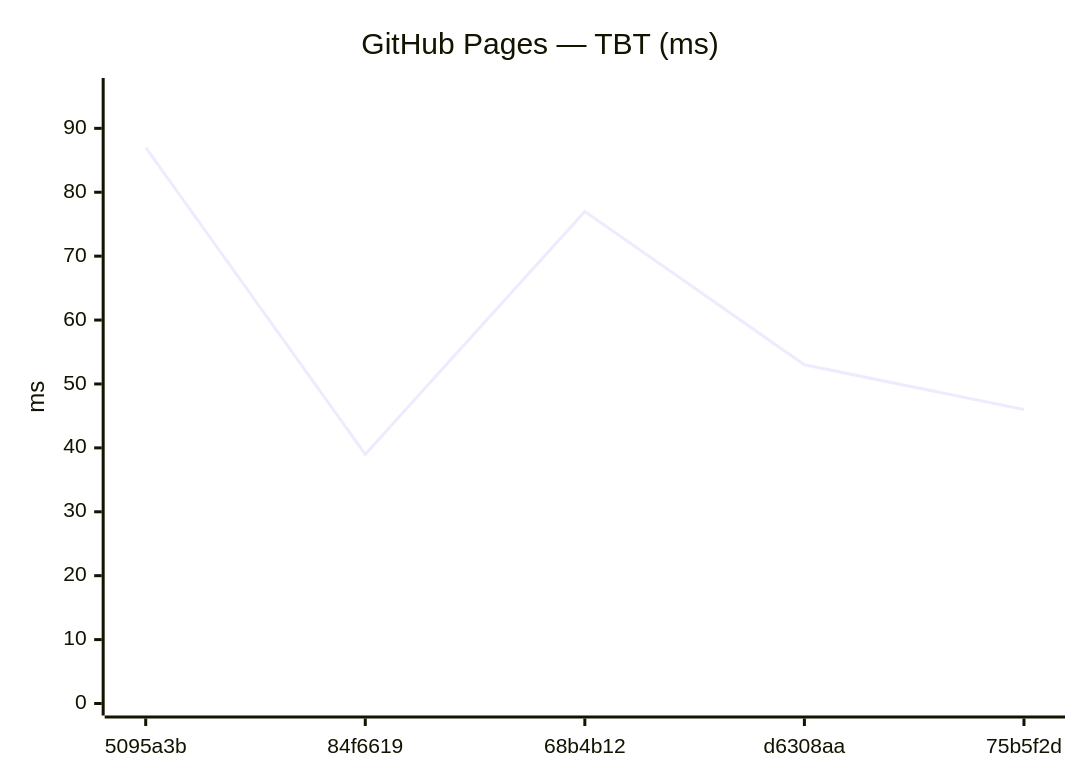
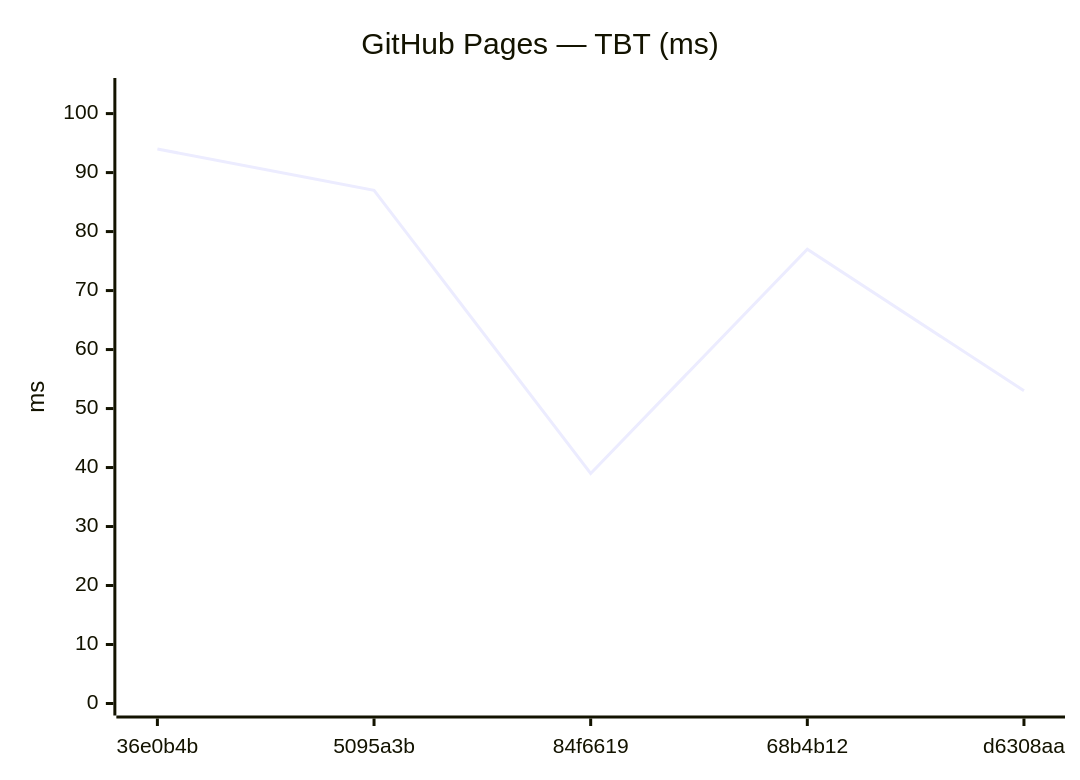
Before and after one commit to Metaheurist/Rianell: the tenth of 18 diagrams in benchmarks/compare.md, drawn with Mermaid. The commit also changed other lines of this file and 11 other files, not shown here.

````diff
--- a/benchmarks/compare.md
+++ b/benchmarks/compare.md
@@ -149,7 +149,7 @@
 ```mermaid
 xychart-beta
     title "GitHub Pages — TBT (ms)"
-    x-axis ["5095a3b", "84f6619", "68b4b12", "d6308aa", "75b5f2d"]
-    y-axis "ms" 0 --> 96
-    line [87, 39, 77, 53, 46]
+    x-axis ["36e0b4b", "5095a3b", "84f6619", "68b4b12", "d6308aa"]
+    y-axis "ms" 0 --> 104
+    line [94, 87, 39, 77, 53]
 ```
````
